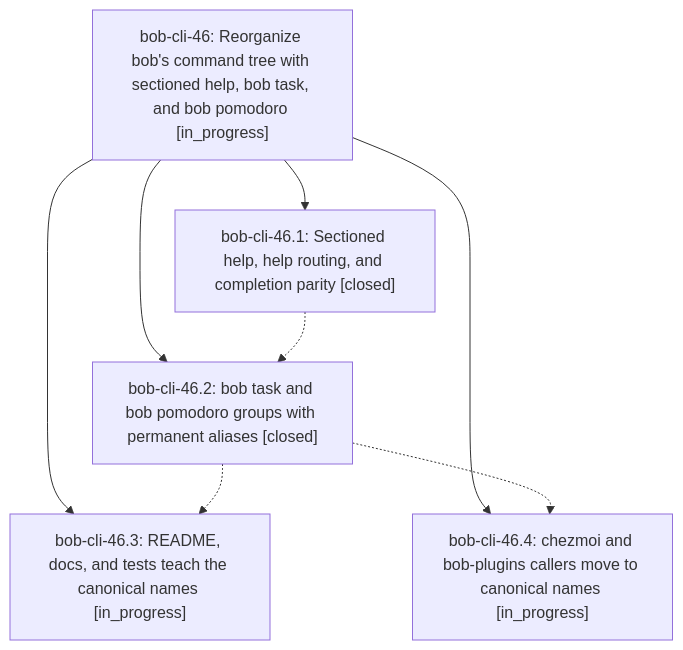
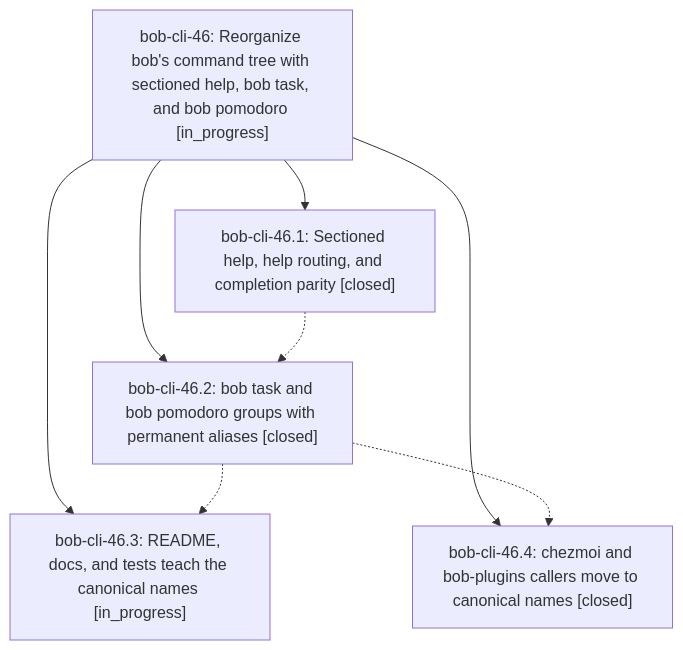
The diagram in pages/bob-cli-46/README.md (bobs-org/bob-cli--beads), drawn with Mermaid before and after one commit. The commit also changed other lines of this file and 2 other files, not shown here.

First line of the commit message:
chore(beads): sync bead state and pages for bob-cli-46

````diff
--- a/pages/bob-cli-46/README.md
+++ b/pages/bob-cli-46/README.md
@@ -25,15 +25,15 @@
 ```mermaid
 flowchart TD
     n0["bob-cli-46: Reorganize bob's command tree with sectioned help, bob task, and bob pomodoro [in_progress]"]
     n1["bob-cli-46.1: Sectioned help, help routing, and completion parity [closed]"]
     n2["bob-cli-46.2: bob task and bob pomodoro groups with permanent aliases [closed]"]
     n3["bob-cli-46.3: README, docs, and tests teach the canonical names [in_progress]"]
-    n4["bob-cli-46.4: chezmoi and bob-plugins callers move to canonical names [in_progress]"]
+    n4["bob-cli-46.4: chezmoi and bob-plugins callers move to canonical names [closed]"]
     n0 --> n1
     n0 --> n2
     n0 --> n3
     n0 --> n4
     n1 -.-> n2
     n2 -.-> n3
     n2 -.-> n4
 ```
````
